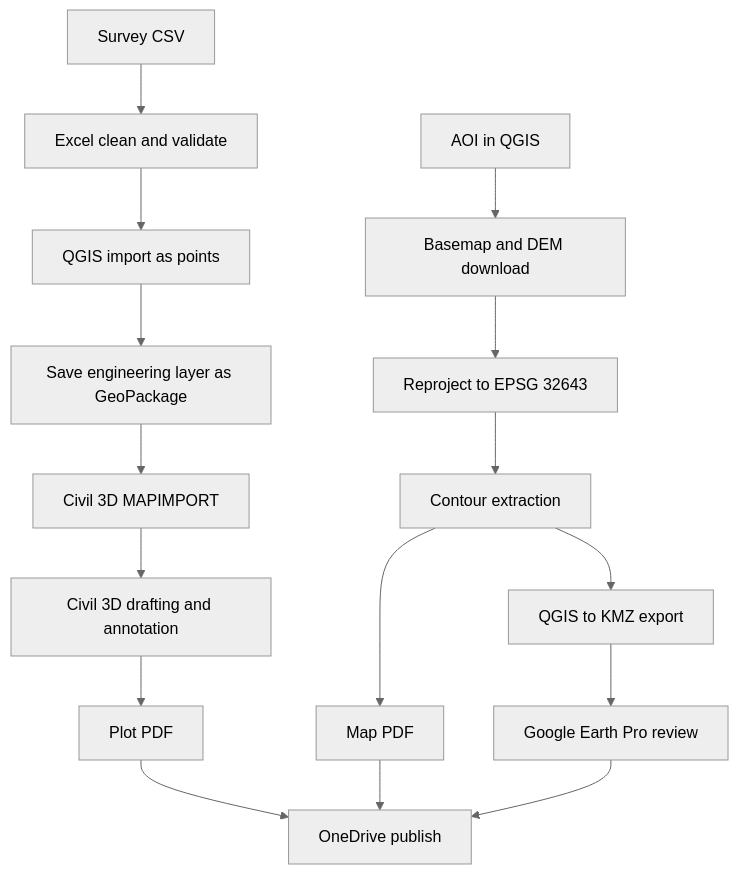
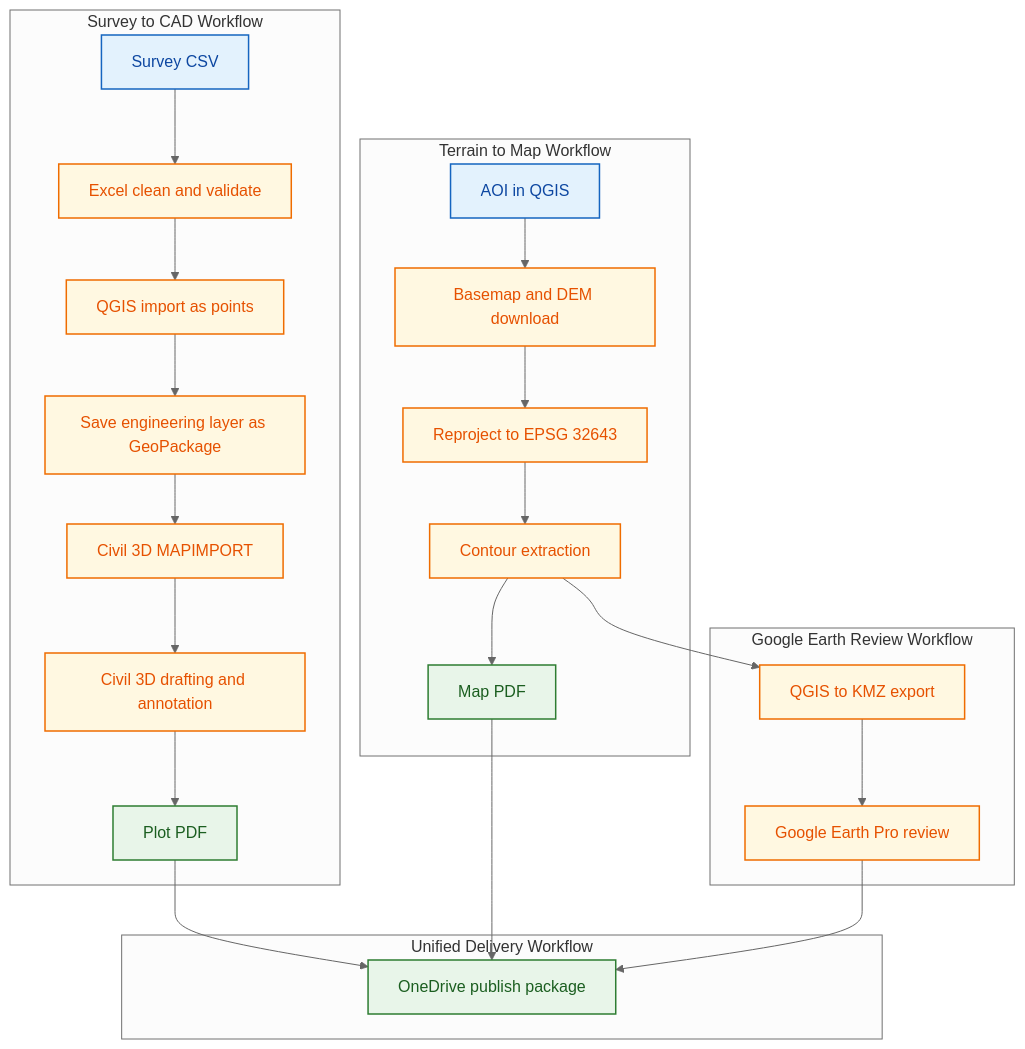
The first of 4 diagrams in docs/interoperability-workflow.md (PrathamGitHub/Geo-CAD-Practical-Reference), drawn with Mermaid (neutral theme) before and after one commit. The commit also changed other lines of this file and 7 other files, not shown here.

Commit message:
Enhance documentation with updated flowcharts and class definitions for improved clarity and usability across AutoCAD Civil 3D, Excel 365, Google Earth Pro, OneDrive, and QGIS workflows.

````diff
--- a/docs/interoperability-workflow.md
+++ b/docs/interoperability-workflow.md
@@ -32,21 +32,40 @@
 ```mermaid
 flowchart TD
-    A[Survey CSV] --> B[Excel clean and validate]
-    B --> C[QGIS import as points]
-    C --> D[Save engineering layer as GeoPackage]
-    D --> E[Civil 3D MAPIMPORT]
-    E --> F[Civil 3D drafting and annotation]
-    F --> G[Plot PDF]
+    subgraph SurveyCad[Survey to CAD Workflow]
+        A[Survey CSV] --> B[Excel clean and validate]
+        B --> C[QGIS import as points]
+        C --> D[Save engineering layer as GeoPackage]
+        D --> E[Civil 3D MAPIMPORT]
+        E --> F[Civil 3D drafting and annotation]
+        F --> G[Plot PDF]
+    end
 
-    H[AOI in QGIS] --> I[Basemap and DEM download]
-    I --> J[Reproject to EPSG 32643]
-    J --> K[Contour extraction]
-    K --> L[Map PDF]
+    subgraph TerrainMap[Terrain to Map Workflow]
+        H[AOI in QGIS] --> I[Basemap and DEM download]
+        I --> J[Reproject to EPSG 32643]
+        J --> K[Contour extraction]
+        K --> L[Map PDF]
+    end
 
-    K --> M[QGIS to KMZ export]
-    M --> N[Google Earth Pro review]
+    subgraph EarthReview[Google Earth Review Workflow]
+        K --> M[QGIS to KMZ export]
+        M --> N[Google Earth Pro review]
+    end
 
-    G --> O[OneDrive publish]
+    subgraph Publish[Unified Delivery Workflow]
+        O[OneDrive publish package]
+    end
+
+    G --> O
     L --> O
     N --> O
+
+    classDef input fill:#e3f2fd,stroke:#1565c0,stroke-width:1.5px,color:#0d47a1;
+    classDef process fill:#fff8e1,stroke:#ef6c00,stroke-width:1.5px,color:#e65100;
+    classDef decision fill:#ffebee,stroke:#c62828,stroke-width:1.5px,color:#8e0000;
+    classDef output fill:#e8f5e9,stroke:#2e7d32,stroke-width:1.5px,color:#1b5e20;
+
+    class A,H input;
+    class B,C,D,E,F,I,J,K,M,N process;
+    class G,L,O output;
 ```
````
